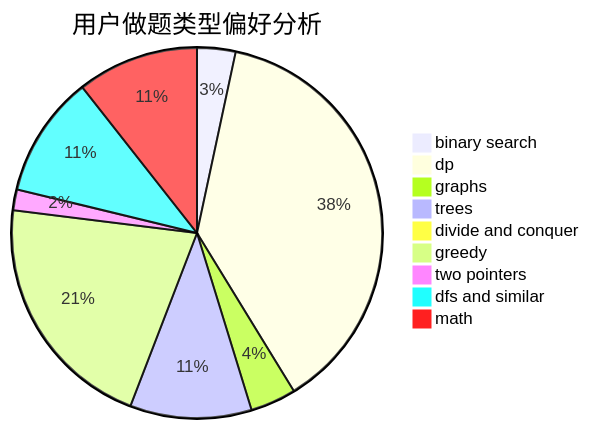
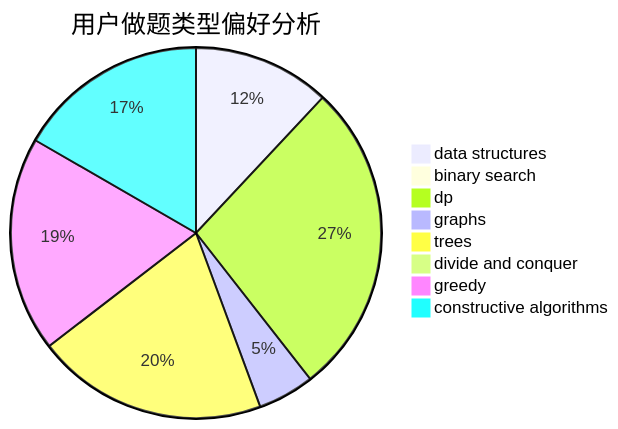
The second of 3 diagrams in docs/user/u1419.md (sherpahu/cfrs.github.io), drawn with Mermaid before and after one commit. The commit also changed other lines of this file and 2775 other files, not shown here.

````diff
--- a/docs/user/u1419.md
+++ b/docs/user/u1419.md
@@ -23,12 +23,11 @@
 ```mermaid
 pie title 用户做题类型偏好分析
-    "binary search" :  37
-    "dp" :  418
-    "graphs" :  44
-    "trees" :  117
-    "divide and conquer" :  2
-    "greedy" :  233
-    "two pointers" :  20
-    "dfs and similar" :  117
-    "math" :  117
+    "data structures" :  51
+    "binary search" :  1
+    "dp" :  117
+    "graphs" :  21
+    "trees" :  86
+    "divide and conquer" :  0
+    "greedy" :  80
+    "constructive algorithms" :  71
 ```
````
